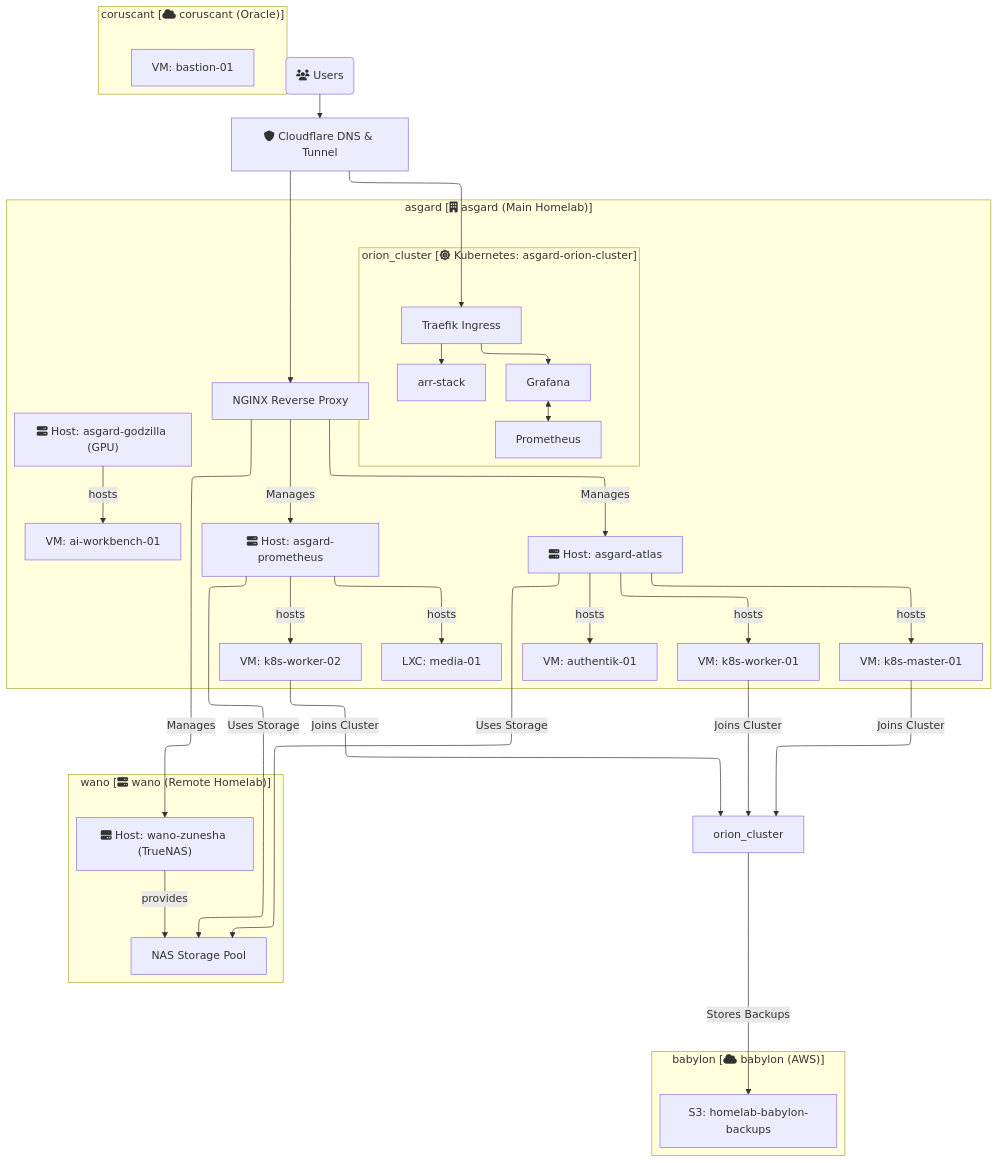
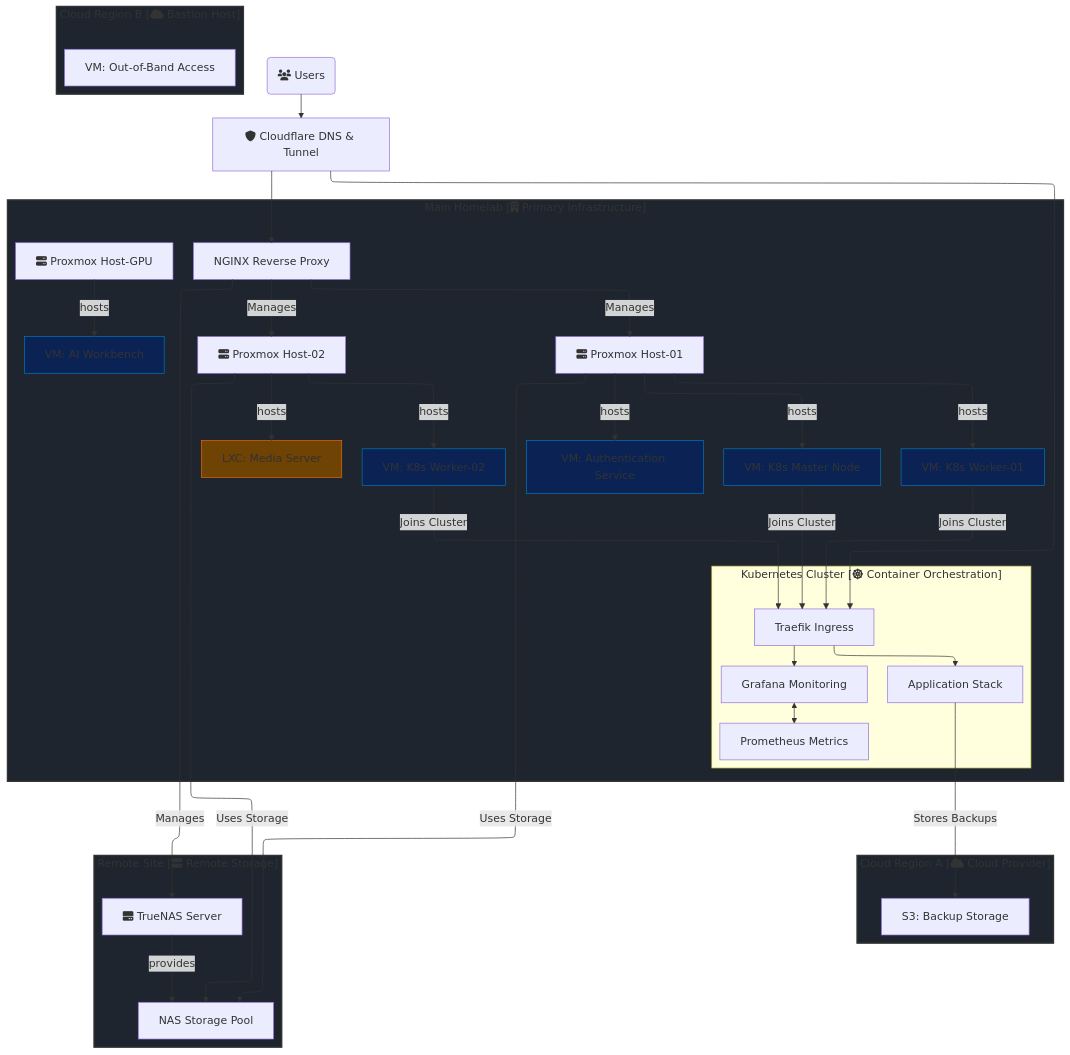
One commit to sinhaaritro/platform-stack changed the diagram in docs/ARCHITECTURE.md. Above: the diagram before and after it, drawn with Mermaid. The commit also changed other lines of this file and 30 other files, not shown here.

Commit message:
docs: restructure documentation index, update architecture overview, and remove legacy agent rules

````diff
--- a/docs/ARCHITECTURE.md
+++ b/docs/ARCHITECTURE.md
@@ -23,87 +49,90 @@
 ---
 flowchart TD
     %% --- STYLES ---
-    classDef location fill:#f9f9f9,stroke:#333,stroke-width:2px;
+    classDef location fill:#1f252e,stroke:#333,stroke-width:2px;
+    classDef vm fill:#0b2354,stroke:#0277bd,stroke-width:1px;
+    classDef lxc fill:#6e4303,stroke:#ef6c00,stroke-width:1px;
+    classDef service fill:#5e0657,stroke:#2e7d32,stroke-width:1px;
 
     %% --- EXTERNAL & ENTRY ---
     Users(fa:fa-users Users) --> Cloudflare[fa:fa-shield Cloudflare DNS & Tunnel];
 
     %% --- CLOUD LOCATIONS ---
-    subgraph "babylon [fa:fa-cloud babylon (AWS)]"
-        S3[S3: homelab-babylon-backups];
+    subgraph CloudA["Cloud Region A [fa:fa-cloud Cloud Provider]"]
+        S3[S3: Backup Storage]
     end
-    subgraph "coruscant [fa:fa-cloud coruscant (Oracle)]"
-        OCI_VM[VM: bastion-01];
+    subgraph CloudB["Cloud Region B [fa:fa-cloud Bastion Host]"]
+        OCI_Bastion[VM: Out-of-Band Access]
     end
-    class babylon,coruscant location;
+    class CloudA,CloudB location;
 
     %% --- ON-PREMISE LOCATIONS ---
-    subgraph "wano [fa:fa-server wano (Remote Homelab)]"
-        zunesha["fa:fa-hdd Host: wano-zunesha (TrueNAS)"]
-        zunesha -- provides --> Storage_NAS[NAS Storage Pool];
+    subgraph RemoteSite["Remote Site [fa:fa-server Remote Storage]"]
+        TrueNAS["fa:fa-hdd TrueNAS Server"]
+        TrueNAS -- provides --> NAS_Storage[NAS Storage Pool]
     end
-    class wano location;
+    class RemoteSite location;
 
-    subgraph "asgard [fa:fa-building asgard (Main Homelab)]"
+    subgraph MainHomelab["Main Homelab [fa:fa-building Primary Infrastructure]"]
         %% Proxies & Services
-        Management_Proxy[NGINX Reverse Proxy];
+        Mgmt_Proxy[NGINX Reverse Proxy];
         
         %% K8s Logical Group
-        subgraph "orion_cluster [fa:fa-dharmachakra Kubernetes: asgard-orion-cluster]"
-            Traefik[Traefik Ingress];
-            App_Arr[arr-stack];
-            App_Grafana[Grafana];
-            Prometheus_K8s[Prometheus];
+        subgraph K8sCluster["Kubernetes Cluster [fa:fa-dharmachakra Container Orchestration]"]
+            Ingress[Traefik Ingress]
+            App_A[Application Stack]
+            App_B[Grafana Monitoring]
+            Prometheus[Prometheus Metrics]
         end
         
         %% Proxmox Hosts (as nodes, not nested subgraphs)
-        atlas[fa:fa-server Host: asgard-atlas];
-        prometheus["fa:fa-server Host: asgard-prometheus"];
-        godzilla["fa:fa-server Host: asgard-godzilla (GPU)"];
+        Host_A[fa:fa-server Proxmox Host-01]
+        Host_B[fa:fa-server Proxmox Host-02]
+        Host_GPU[fa:fa-server Proxmox Host-GPU]
 
-        %% VMs & LXCs
-        VM_K8s_Master[VM: k8s-master-01];
-        VM_K8s_Worker1[VM: k8s-worker-01];
-        VM_Auth[VM: authentik-01];
-        VM_K8s_Worker2[VM: k8s-worker-02];
-        LXC_Media[LXC: media-01];
-        VM_AI[VM: ai-workbench-01];
+        %% VMs & LXCs (generic purpose-based names)
+        VM_K8s_Master[VM: K8s Master Node]:::vm
+        VM_K8s_Worker1[VM: K8s Worker-01]:::vm
+        VM_Auth[VM: Authentication Service]:::vm
+        VM_K8s_Worker2[VM: K8s Worker-02]:::vm
+        LXC_Media[LXC: Media Server]:::lxc
+        VM_AI[VM: AI Workbench]:::vm
 
         %% Show VM/LXC placement on Hosts
-        atlas -- "hosts" --> VM_K8s_Master;
-        atlas -- "hosts" --> VM_K8s_Worker1;
-        atlas -- "hosts" --> VM_Auth;
+        Host_A -- "hosts" --> VM_K8s_Master
+        Host_A -- "hosts" --> VM_K8s_Worker1
+        Host_A -- "hosts" --> VM_Auth
         
-        prometheus -- "hosts" --> VM_K8s_Worker2;
-        prometheus -- "hosts" --> LXC_Media;
+        Host_B -- "hosts" --> VM_K8s_Worker2
+        Host_B -- "hosts" --> LXC_Media
 
-        godzilla -- "hosts" --> VM_AI;
+        Host_GPU -- "hosts" --> VM_AI
 
         %% K8s Internal App Flow
-        Traefik --> App_Arr;
-        Traefik --> App_Grafana;
-        App_Grafana <--> Prometheus_K8s;
+        Ingress --> App_A
+        Ingress --> App_B
+        App_B <--> Prometheus
     end
-    class asgard location;
+    class MainHomelab location;
     
     %% --- GLOBAL CONNECTIONS ---
     
     %% External to Internal
-    Cloudflare --> Management_Proxy;
-    Cloudflare --> Traefik;
+    Cloudflare --> Mgmt_Proxy
+    Cloudflare --> Ingress
 
     %% Management Connections
-    Management_Proxy -- "Manages" --> atlas;
-    Management_Proxy -- "Manages" --> prometheus;
-    Management_Proxy -- "Manages" --> zunesha;
+    Mgmt_Proxy -- "Manages" --> Host_A
+    Mgmt_Proxy -- "Manages" --> Host_B
+    Mgmt_Proxy -- "Manages" --> TrueNAS
 
-    %% Kubernetes Node Membership
-    VM_K8s_Master -- "Joins Cluster" --> orion_cluster;
-    VM_K8s_Worker1 -- "Joins Cluster" --> orion_cluster;
-    VM_K8s_Worker2 -- "Joins Cluster" --> orion_cluster;
+    %% Kubernetes Node Membership (connecting to cluster ingress)
+    VM_K8s_Master -- "Joins Cluster" --> Ingress
+    VM_K8s_Worker1 -- "Joins Cluster" --> Ingress
+    VM_K8s_Worker2 -- "Joins Cluster" --> Ingress
 
     %% Storage Connections
-    atlas -- "Uses Storage" --> Storage_NAS;
-    prometheus -- "Uses Storage" --> Storage_NAS;
-    orion_cluster -- "Stores Backups" --> S3;
+    Host_A -- "Uses Storage" --> NAS_Storage
+    Host_B -- "Uses Storage" --> NAS_Storage
+    App_A -- "Stores Backups" --> S3
 ```
````
